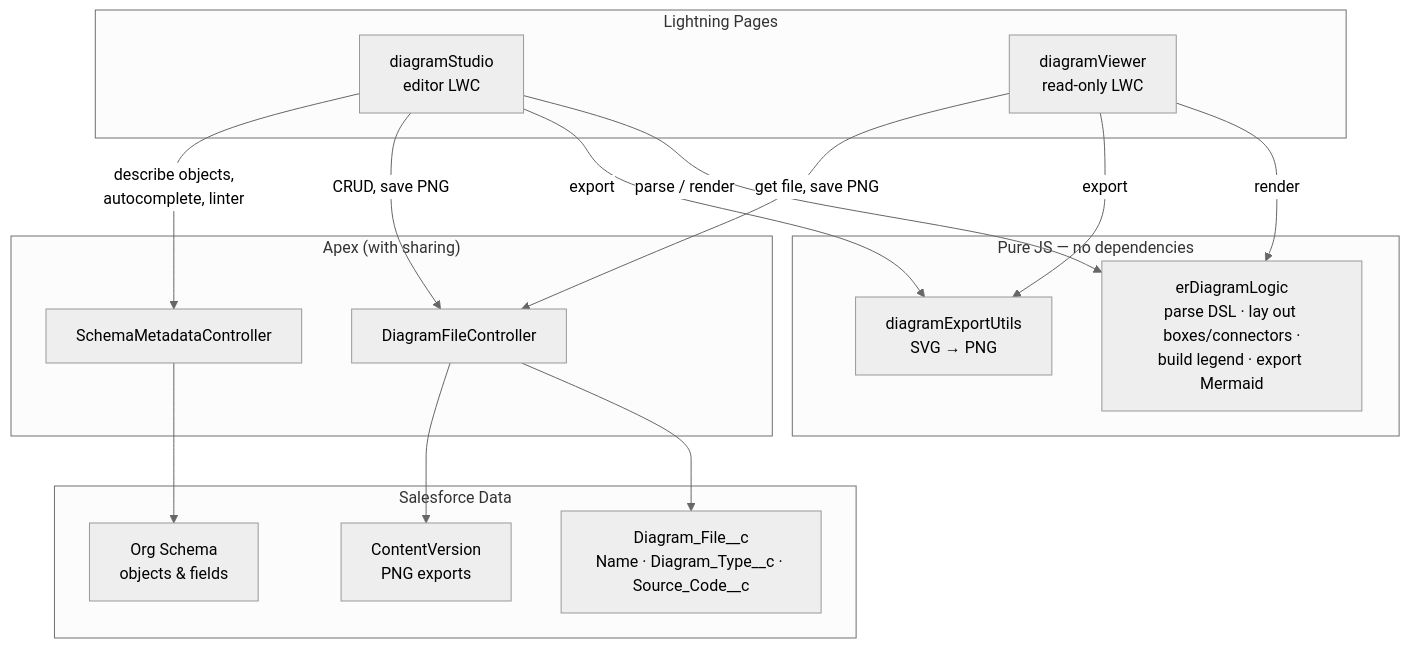
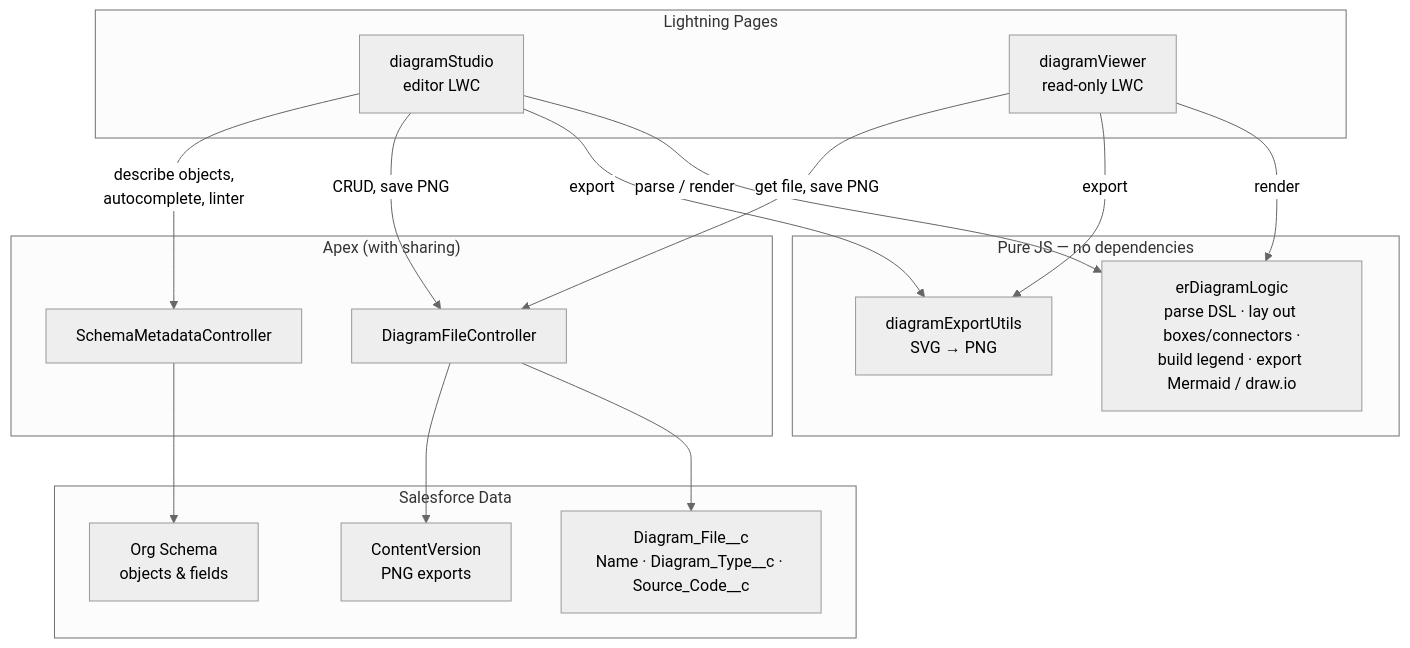
The diagram in README.md (vikascohen/Salesforce-ER-Modeller-Studio), drawn with Mermaid (neutral theme) before and after one commit. The commit also changed other lines of this file and 3 other files, not shown here.

````diff
--- a/README.md
+++ b/README.md
@@ -93,36 +96,36 @@
 ```mermaid
 graph TD
     subgraph UI["Lightning Pages"]
         DS["diagramStudio<br/>editor LWC"]
         DV["diagramViewer<br/>read-only LWC"]
     end
 
     subgraph Logic["Pure JS — no dependencies"]
-        ERL["erDiagramLogic<br/>parse DSL · lay out boxes/connectors ·<br/>build legend · export Mermaid"]
+        ERL["erDiagramLogic<br/>parse DSL · lay out boxes/connectors ·<br/>build legend · export Mermaid / draw.io"]
         EXP["diagramExportUtils<br/>SVG → PNG"]
     end
 
     subgraph Apex["Apex (with sharing)"]
         DFC["DiagramFileController"]
         SMC["SchemaMetadataController"]
     end
 
     subgraph Data["Salesforce Data"]
         OBJ["Diagram_File__c<br/>Name · Diagram_Type__c · Source_Code__c"]
         FILES["ContentVersion<br/>PNG exports"]
         SCHEMA["Org Schema<br/>objects & fields"]
     end
 
     DS -- "parse / render" --> ERL
     DS -- "export" --> EXP
     DS -- "CRUD, save PNG" --> DFC
     DS -- "describe objects,<br/>autocomplete, linter" --> SMC
 
     DV -- "render" --> ERL
     DV -- "export" --> EXP
     DV -- "get file, save PNG" --> DFC
 
     DFC --> OBJ
     DFC --> FILES
     SMC --> SCHEMA
 ```
````
